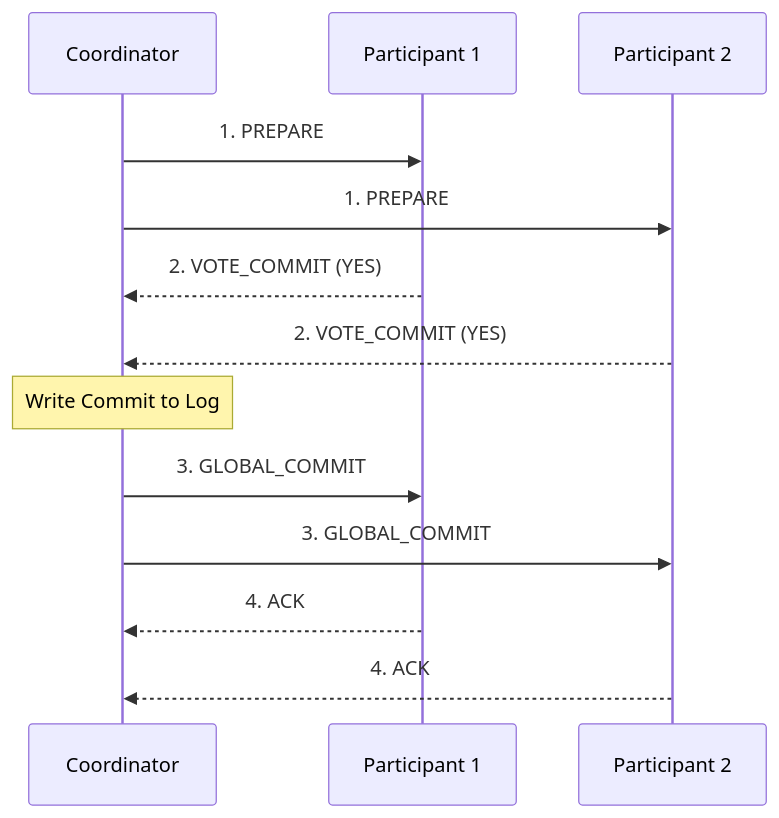
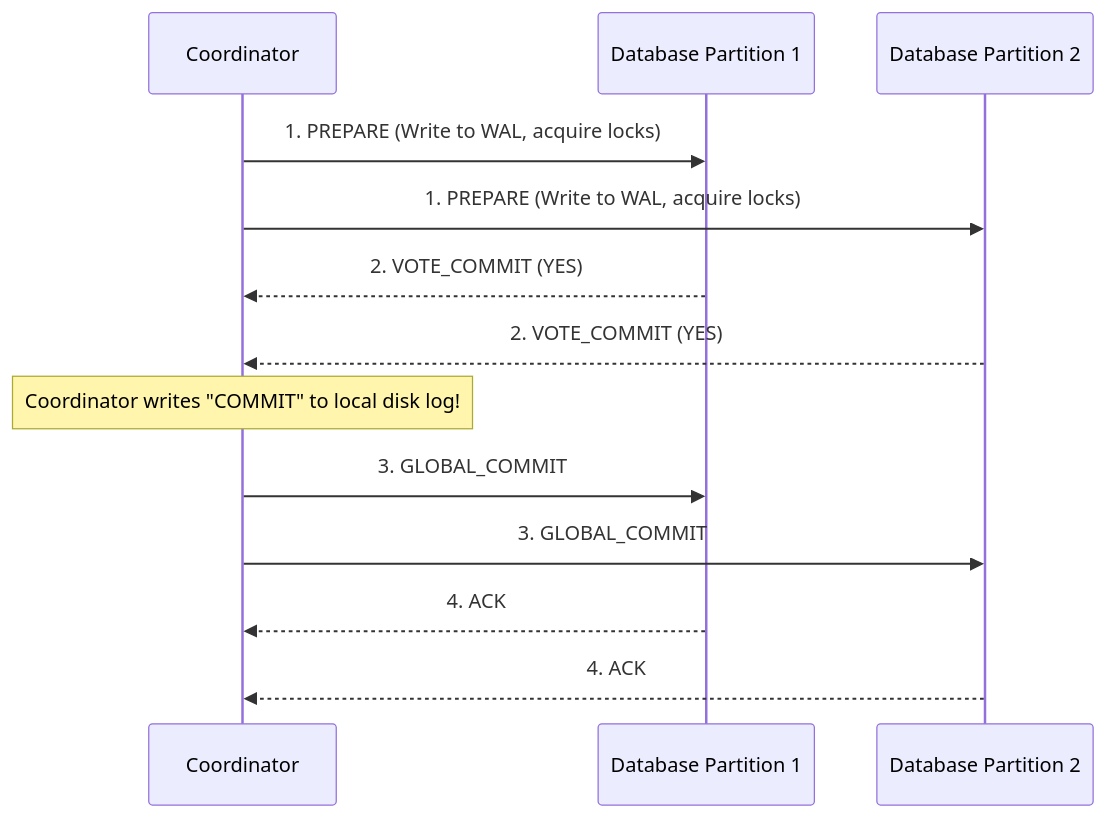
The first of 2 diagrams in chapters/ch9_consistency.md (fredLuv/ddia-gitbook), drawn with Mermaid before and after one commit. The commit also changed other lines of this file and 1 other file, not shown here.

````diff
--- a/chapters/ch9_consistency.md
+++ b/chapters/ch9_consistency.md
@@ -51,16 +47,16 @@
 ```mermaid
 sequenceDiagram
     participant C as Coordinator
-    participant P1 as Participant 1
-    participant P2 as Participant 2
+    participant P1 as Database Partition 1
+    participant P2 as Database Partition 2
     
-    C->>P1: 1. PREPARE
-    C->>P2: 1. PREPARE
+    C->>P1: 1. PREPARE (Write to WAL, acquire locks)
+    C->>P2: 1. PREPARE (Write to WAL, acquire locks)
     P1-->>C: 2. VOTE_COMMIT (YES)
     P2-->>C: 2. VOTE_COMMIT (YES)
-    Note over C: Write Commit to Log
+    Note over C: Coordinator writes "COMMIT" to local disk log!
     C->>P1: 3. GLOBAL_COMMIT
     C->>P2: 3. GLOBAL_COMMIT
     P1-->>C: 4. ACK
     P2-->>C: 4. ACK
 ```
````
